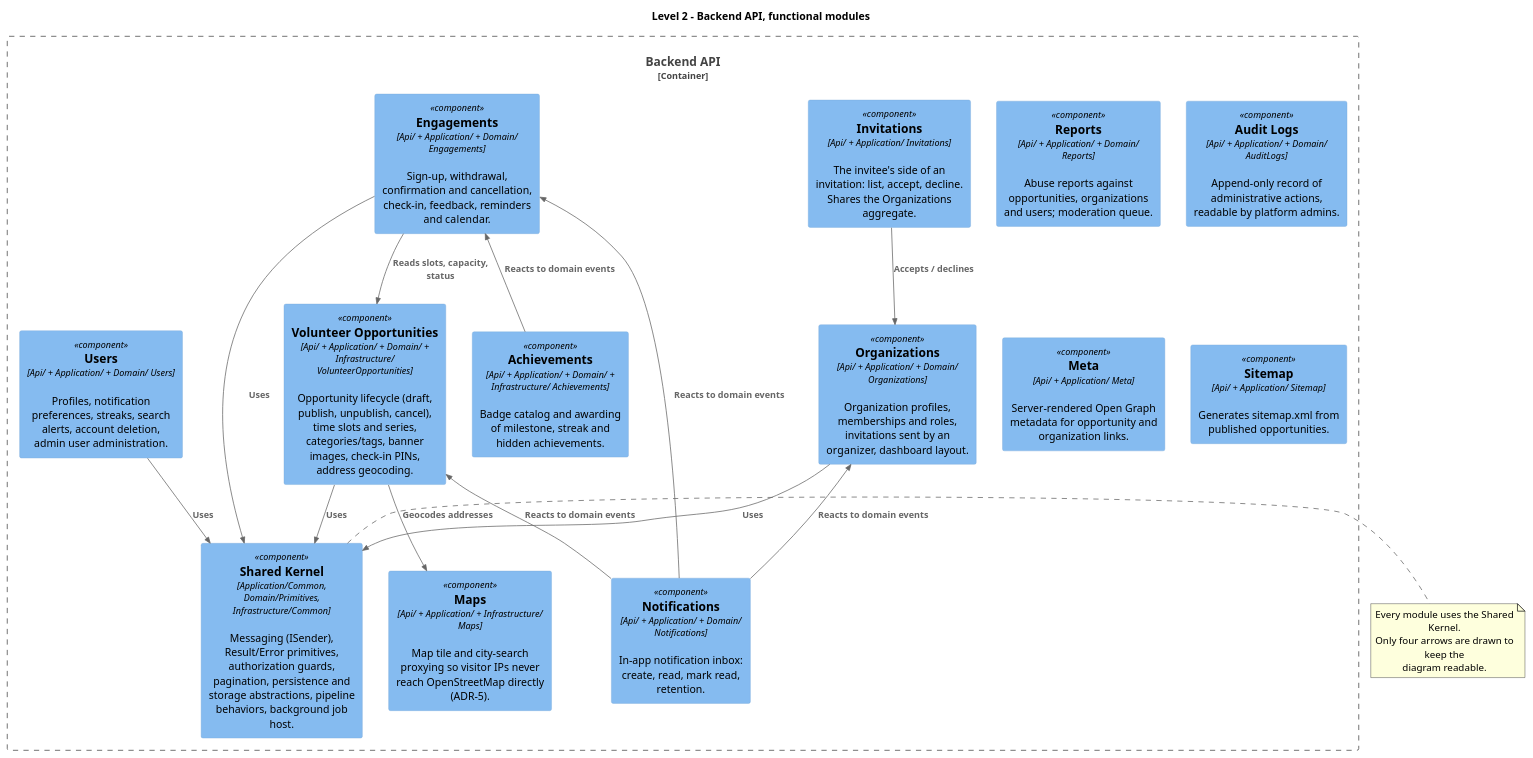
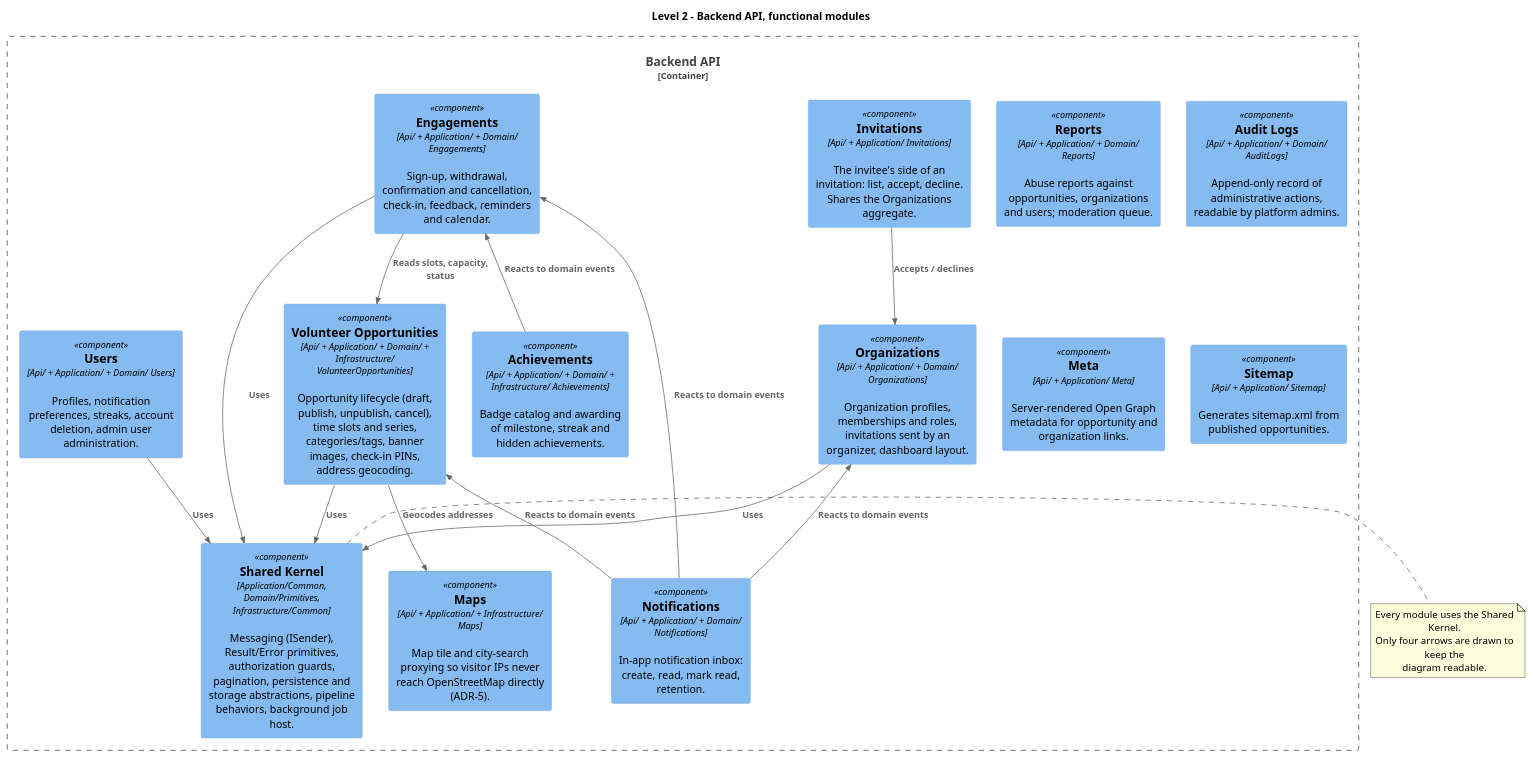
One commit to maik-hasler/einsatzbereit changed the diagram in docs/Architecture/images/module-backend.puml. Above: the diagram before and after it, drawn with PlantUML. The commit also changed 58 other files, not shown here.

```diff
--- a/docs/Architecture/images/module-backend.puml
+++ b/docs/Architecture/images/module-backend.puml
@@ -1,44 +1,44 @@
 @startuml Backend Module View
 
 !include <C4/C4_Component>
 
 title Level 2 - Backend API, functional modules
 
 Container_Boundary(backend, "Backend API") {
 	Component(opportunities, "Volunteer Opportunities", "Api/ + Application/ + Domain/ + Infrastructure/ VolunteerOpportunities", "Opportunity lifecycle (draft, publish, unpublish, cancel), time slots and series, categories/tags, banner images, check-in PINs, address geocoding.")
 	Component(engagements, "Engagements", "Api/ + Application/ + Domain/ Engagements", "Sign-up, withdrawal, confirmation and cancellation, check-in, feedback, reminders and calendar.")
 	Component(organizations, "Organizations", "Api/ + Application/ + Domain/ Organizations", "Organization profiles, memberships and roles, invitations sent by an organizer, dashboard layout.")
 	Component(invitations, "Invitations", "Api/ + Application/ Invitations", "The invitee's side of an invitation: list, accept, decline. Shares the Organizations aggregate.")
-	Component(users, "Users", "Api/ + Application/ + Domain/ Users", "Profiles, notification preferences, streaks, search alerts, account deletion, admin user administration.")
+	Component(users, "Users", "Api/ + Application/ + Domain/ Users", "Profiles, notification preferences, streaks, account deletion, admin user administration.")
 	Component(achievements, "Achievements", "Api/ + Application/ + Domain/ + Infrastructure/ Achievements", "Badge catalog and awarding of milestone, streak and hidden achievements.")
 	Component(notifications, "Notifications", "Api/ + Application/ + Domain/ Notifications", "In-app notification inbox: create, read, mark read, retention.")
 	Component(reports, "Reports", "Api/ + Application/ + Domain/ Reports", "Abuse reports against opportunities, organizations and users; moderation queue.")
 	Component(auditlogs, "Audit Logs", "Api/ + Application/ + Domain/ AuditLogs", "Append-only record of administrative actions, readable by platform admins.")
 	Component(maps, "Maps", "Api/ + Application/ + Infrastructure/ Maps", "Map tile and city-search proxying so visitor IPs never reach OpenStreetMap directly (ADR-5).")
 	Component(meta, "Meta", "Api/ + Application/ Meta", "Server-rendered Open Graph metadata for opportunity and organization links.")
 	Component(sitemap, "Sitemap", "Api/ + Application/ Sitemap", "Generates sitemap.xml from published opportunities.")
 
 	Component(shared, "Shared Kernel", "Application/Common, Domain/Primitives, Infrastructure/Common", "Messaging (ISender), Result/Error primitives, authorization guards, pagination, persistence and storage abstractions, pipeline behaviors, background job host.")
 }
 
 Rel(engagements, opportunities, "Reads slots, capacity, status")
 Rel(invitations, organizations, "Accepts / declines")
 Rel(opportunities, maps, "Geocodes addresses")
 
 Rel_U(notifications, engagements, "Reacts to domain events")
 Rel_U(notifications, opportunities, "Reacts to domain events")
 Rel_U(notifications, organizations, "Reacts to domain events")
 Rel_U(achievements, engagements, "Reacts to domain events")
 
 Rel(opportunities, shared, "Uses")
 Rel(engagements, shared, "Uses")
 Rel(organizations, shared, "Uses")
 Rel(users, shared, "Uses")
 
 note right of shared
 	Every module uses the Shared Kernel.
 	Only four arrows are drawn to keep the
 	diagram readable.
 end note
 
 @enduml
```
